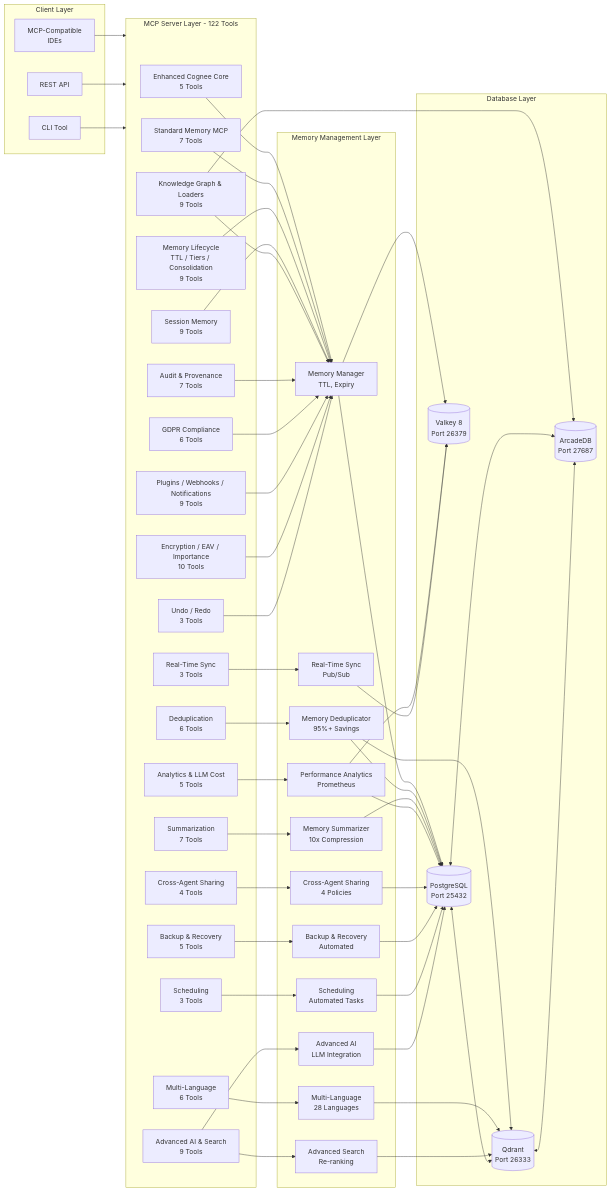
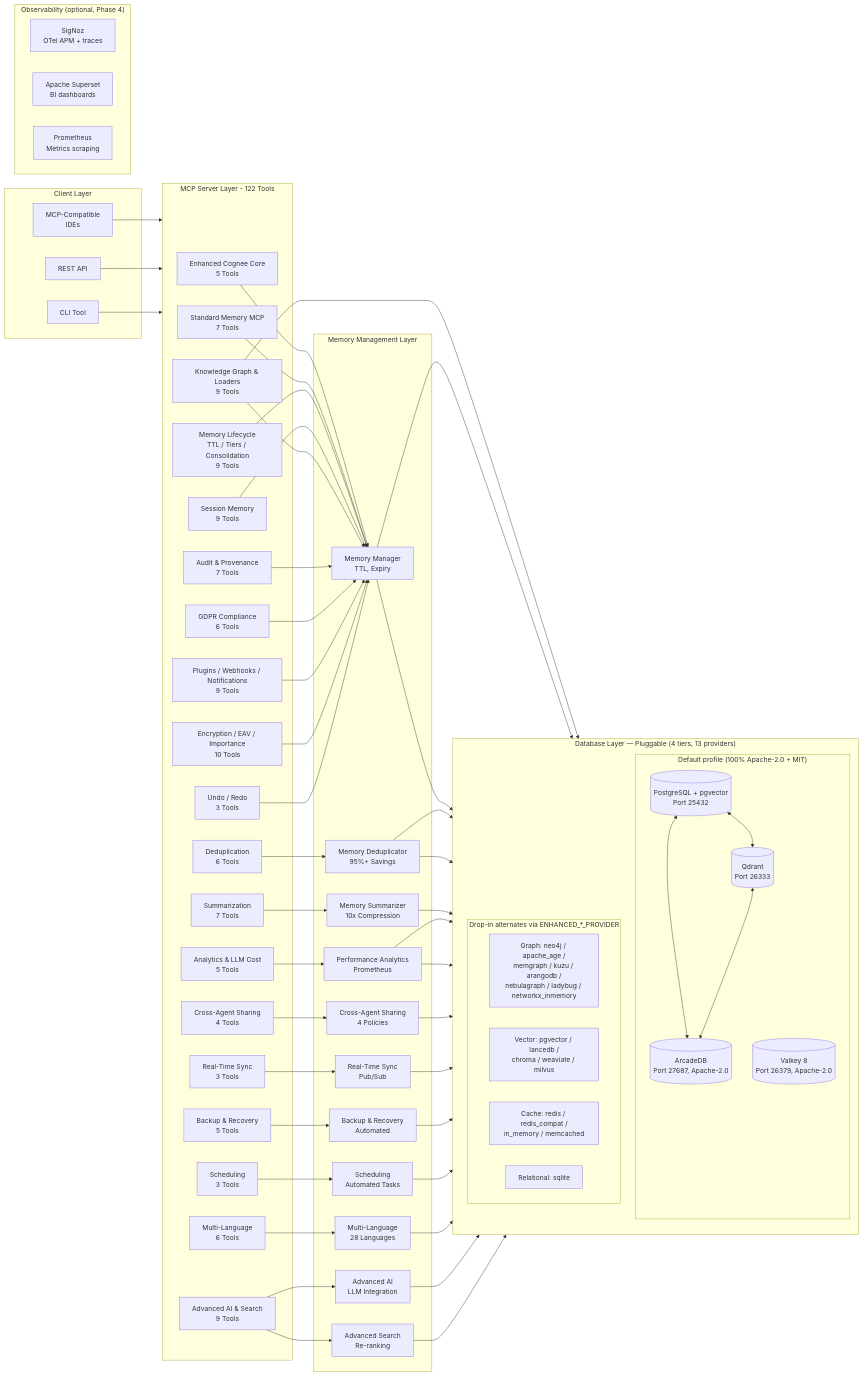
One commit to vincentspereira/Enhanced-Cognee changed the first of 4 diagrams in README.md. Above: the diagram before and after it, drawn with Mermaid. The commit also changed other lines of this file and 1 other file, not shown here.

```diff
--- a/README.md
+++ b/README.md
@@ -773,11 +825,27 @@
         AS[Advanced Search<br/>Re-ranking]
     end
 
-    subgraph DB["Database Layer"]
-        PG[(PostgreSQL<br/>Port 25432)]
-        QD[(Qdrant<br/>Port 26333)]
-        N4[(ArcadeDB<br/>Port 27687)]
-        RD[(Valkey 8<br/>Port 26379)]
+    subgraph DB["Database Layer — Pluggable (4 tiers, 13 providers)"]
+        direction TB
+        subgraph Defaults["Default profile (100% Apache-2.0 + MIT)"]
+            PG[(PostgreSQL + pgvector<br/>Port 25432)]
+            QD[(Qdrant<br/>Port 26333)]
+            N4[(ArcadeDB<br/>Port 27687, Apache-2.0)]
+            RD[(Valkey 8<br/>Port 26379, Apache-2.0)]
+        end
+        subgraph Alternates["Drop-in alternates via ENHANCED_*_PROVIDER"]
+            ALT_G[Graph: neo4j / apache_age /<br/>memgraph / kuzu / arangodb /<br/>nebulagraph / ladybug / networkx_inmemory]
+            ALT_V[Vector: pgvector / lancedb /<br/>chroma / weaviate / milvus]
+            ALT_C[Cache: redis / redis_compat /<br/>in_memory / memcached]
+            ALT_R[Relational: sqlite]
+        end
+    end
+
+    subgraph Obs["Observability (optional, Phase 4)"]
+        direction LR
+        SN[SigNoz<br/>OTel APM + traces]
+        SU[Apache Superset<br/>BI dashboards]
+        PR[Prometheus<br/>Metrics scraping]
     end
 
     AIC --> MCP
```
